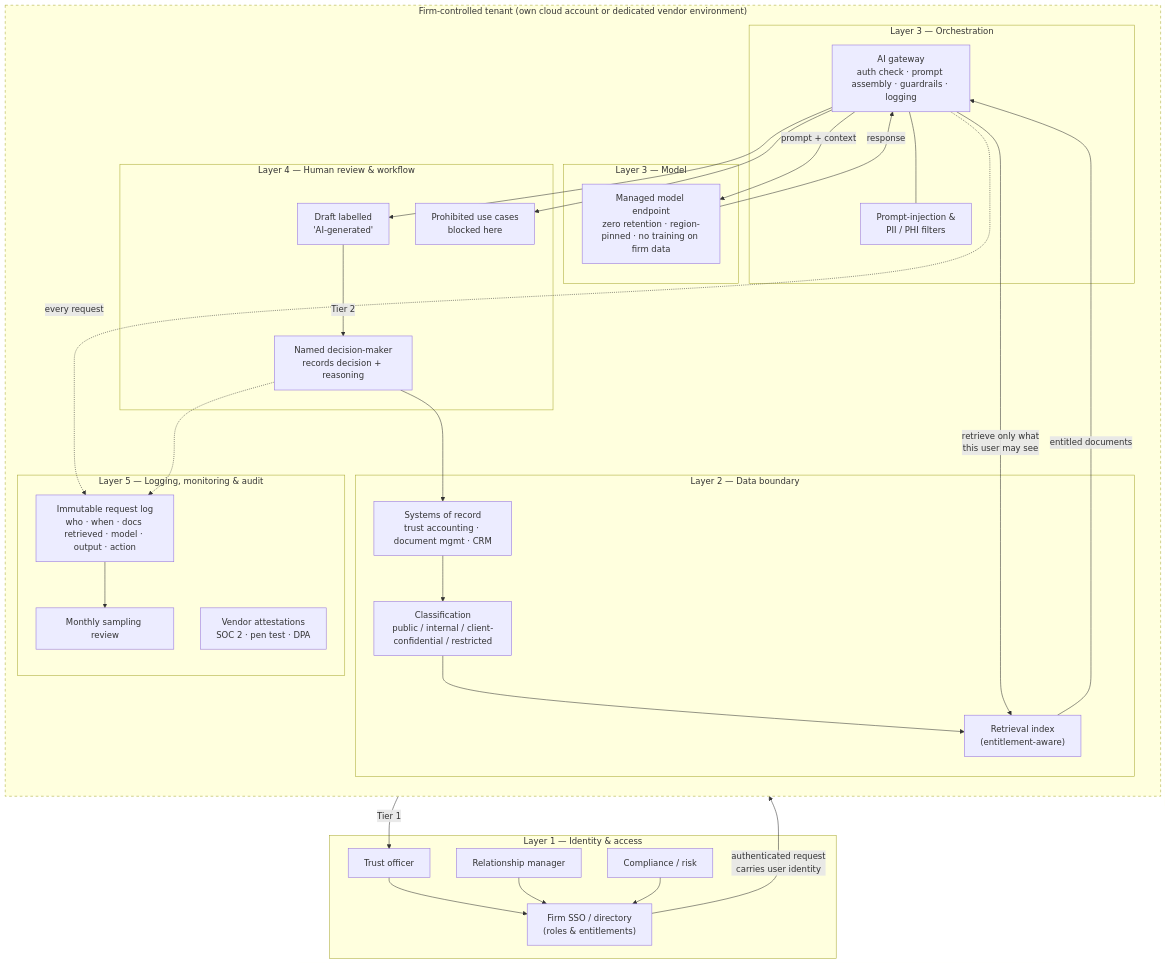
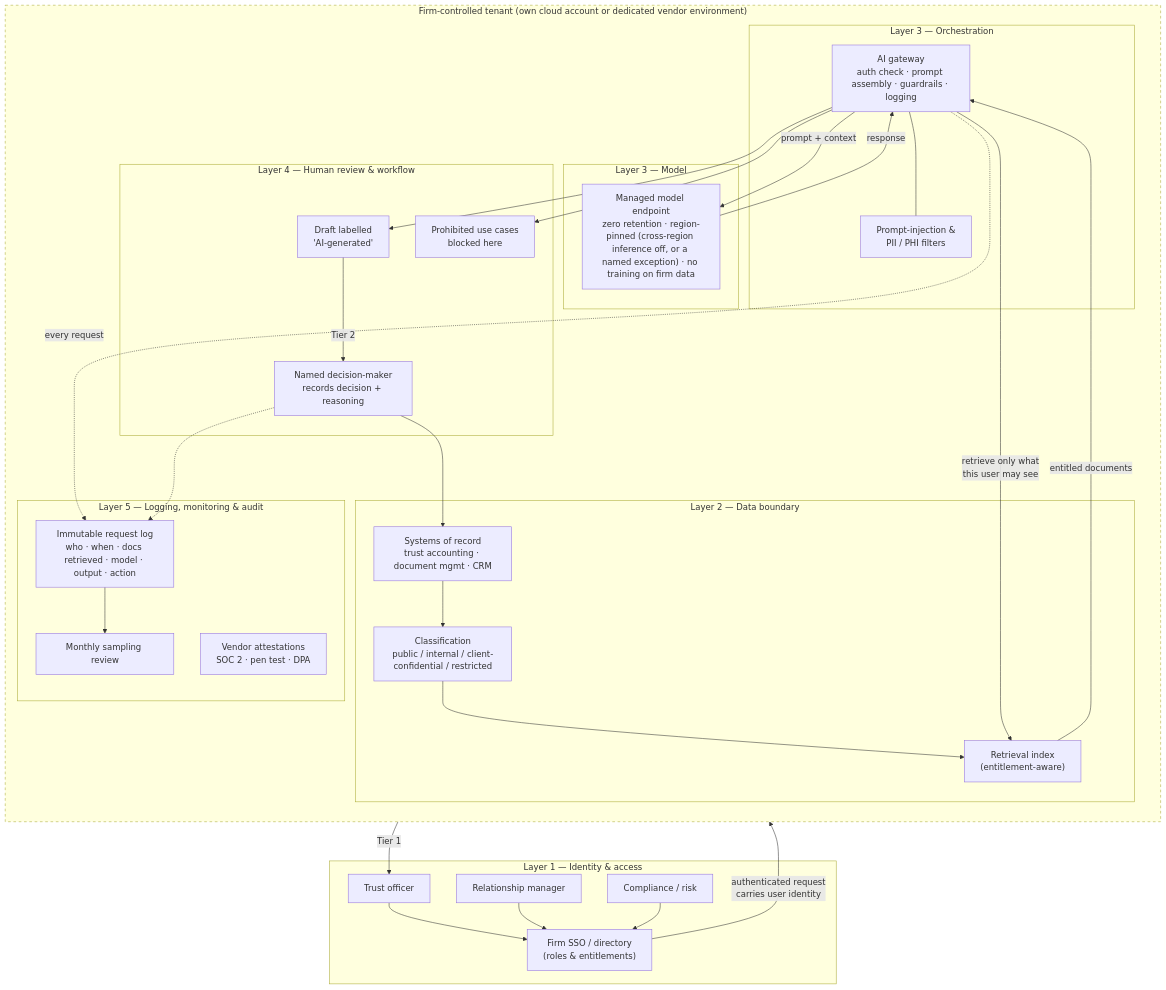
Before and after one commit to trust-company-ai/community: the diagram in architecture/reference-architecture.md, drawn with Mermaid. The commit also changed other lines of this file and 7 other files, not shown here.

Commit message:
Example 01 now in production; regulatory no-model tier; cross-region inference exception; broaden regulator scope

````diff
--- a/architecture/reference-architecture.md
+++ b/architecture/reference-architecture.md
@@ -7,60 +7,60 @@
 ```mermaid
 flowchart TB
     subgraph USERS["Layer 1 — Identity & access"]
         U1["Trust officer"]
         U2["Relationship manager"]
         U3["Compliance / risk"]
         SSO["Firm SSO / directory<br/>(roles & entitlements)"]
         U1 & U2 & U3 --> SSO
     end
 
     subgraph FIRM["Firm-controlled tenant (own cloud account or dedicated vendor environment)"]
         direction TB
 
         subgraph ORCH["Layer 3 — Orchestration"]
             GW["AI gateway<br/>auth check · prompt assembly · guardrails · logging"]
             PI["Prompt-injection &<br/>PII / PHI filters"]
             GW --- PI
         end
 
         subgraph DATA["Layer 2 — Data boundary"]
             CLS["Classification<br/>public / internal / client-confidential / restricted"]
             IDX["Retrieval index<br/>(entitlement-aware)"]
             SRC["Systems of record<br/>trust accounting · document mgmt · CRM"]
             SRC --> CLS --> IDX
         end
 
         subgraph MODEL["Layer 3 — Model"]
-            LLM["Managed model endpoint<br/>zero retention · region-pinned · no training on firm data"]
+            LLM["Managed model endpoint<br/>zero retention · region-pinned (cross-region inference off, or a named exception) · no training on firm data"]
         end
 
         subgraph REVIEW["Layer 4 — Human review & workflow"]
             DRAFT["Draft labelled<br/>'AI-generated'"]
             DECIDE["Named decision-maker<br/>records decision + reasoning"]
             BLOCK["Prohibited use cases<br/>blocked here"]
         end
 
         subgraph AUDIT["Layer 5 — Logging, monitoring & audit"]
             LOG["Immutable request log<br/>who · when · docs retrieved · model · output · action"]
             SAMPLE["Monthly sampling review"]
             VEND["Vendor attestations<br/>SOC 2 · pen test · DPA"]
             LOG --> SAMPLE
         end
     end
 
     SSO -->|"authenticated request<br/>carries user identity"| GW
     GW -->|"retrieve only what<br/>this user may see"| IDX
     IDX -->|"entitled documents"| GW
     GW -->|"prompt + context"| LLM
     LLM -->|"response"| GW
     GW --> DRAFT
     GW --> BLOCK
     DRAFT -->|"Tier 1"| U1
     DRAFT -->|"Tier 2"| DECIDE
     DECIDE --> SRC
     GW -.->|"every request"| LOG
     DECIDE -.-> LOG
 
     classDef boundary stroke-dasharray: 5 5
     class FIRM boundary
 ```
````
